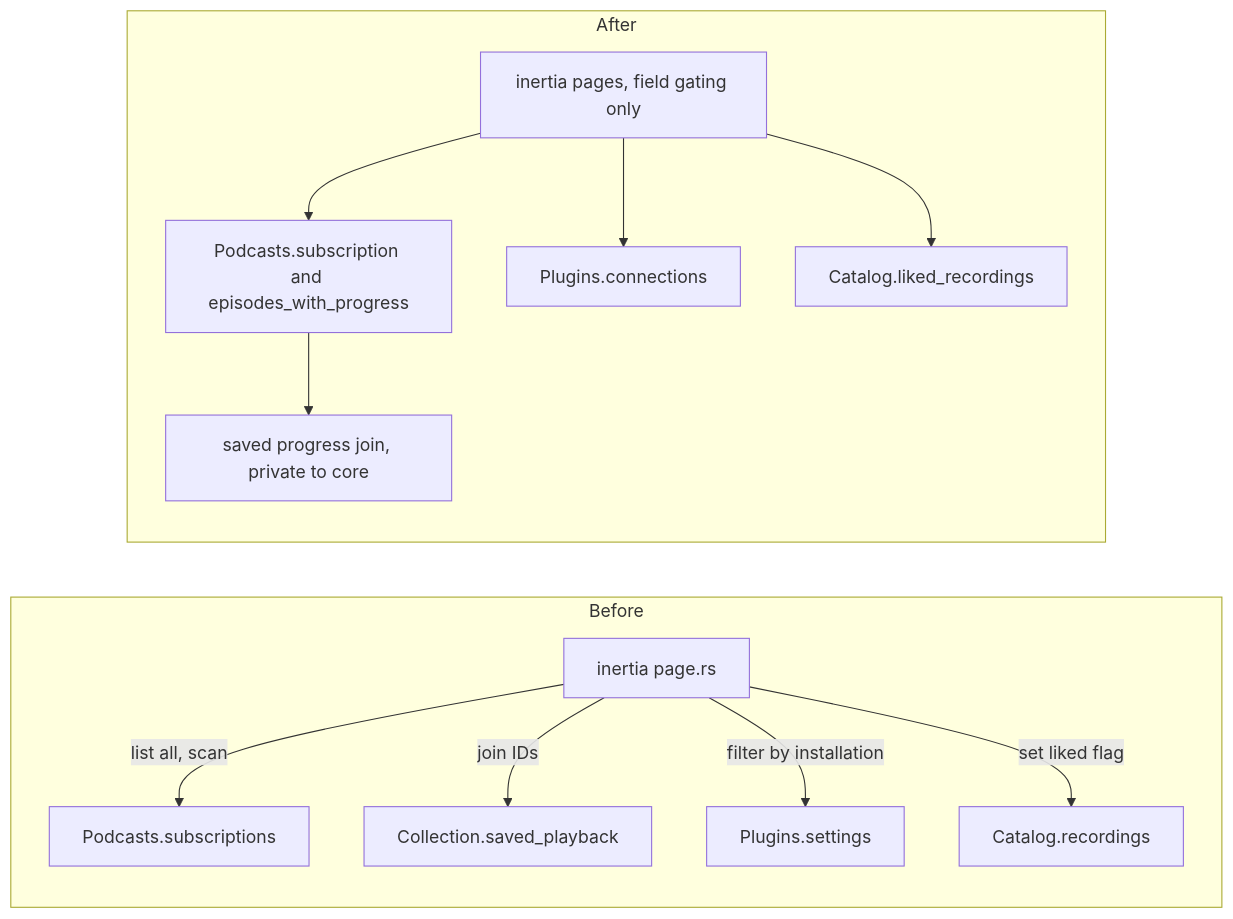
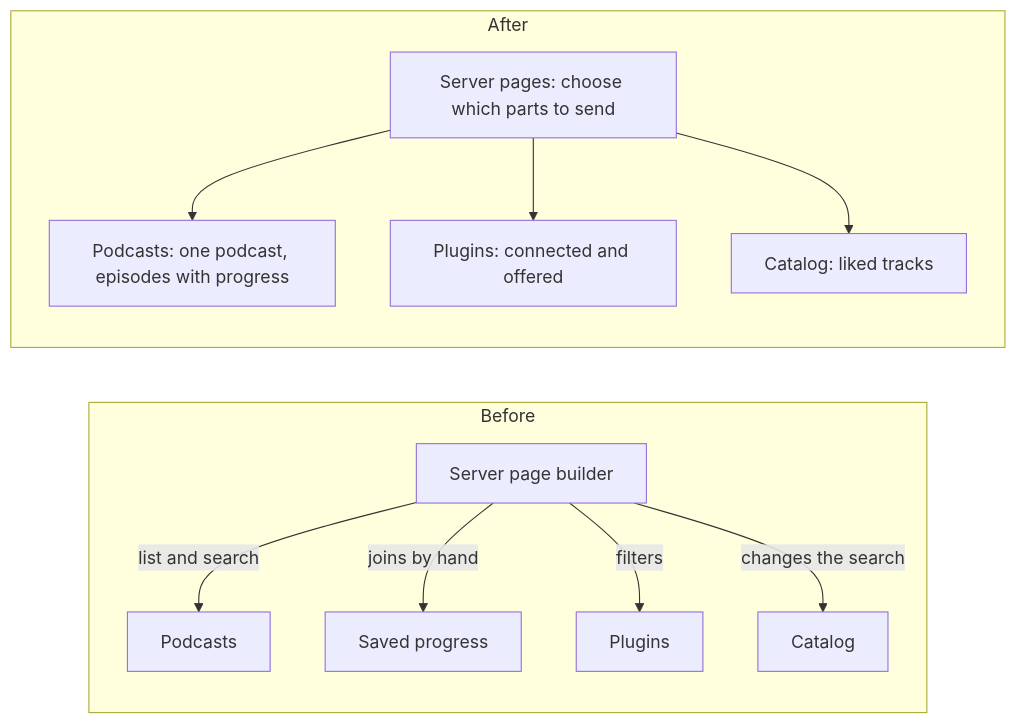
One commit to acidiney/hitoapp changed the diagram in docs/rfcs/0003-page-read-models.md. Above: the diagram before and after it, drawn with Mermaid. The commit also changed other lines of this file and 4 other files, not shown here.

````diff
--- a/docs/rfcs/0003-page-read-models.md
+++ b/docs/rfcs/0003-page-read-models.md
@@ -111,15 +53,14 @@
 ```mermaid
 flowchart LR
   subgraph Before
-    P1[inertia page.rs] -->|list all, scan| Pod1[Podcasts.subscriptions]
-    P1 -->|join IDs| Col1[Collection.saved_playback]
-    P1 -->|filter by installation| Plg1[Plugins.settings]
-    P1 -->|set liked flag| Cat1[Catalog.recordings]
+    P1[Server page builder] -->|list and search| Pod1[Podcasts]
+    P1 -->|joins by hand| Col1[Saved progress]
+    P1 -->|filters| Plg1[Plugins]
+    P1 -->|changes the search| Cat1[Catalog]
   end
   subgraph After
-    P2[inertia pages, field gating only] --> Pod2[Podcasts.subscription and episodes_with_progress]
-    P2 --> Plg2[Plugins.connections]
-    P2 --> Cat2[Catalog.liked_recordings]
-    Pod2 --> Col2[saved progress join, private to core]
+    P2[Server pages: choose which parts to send] --> Pod2[Podcasts: one podcast, episodes with progress]
+    P2 --> Plg2[Plugins: connected and offered]
+    P2 --> Cat2[Catalog: liked tracks]
   end
 ```
````
